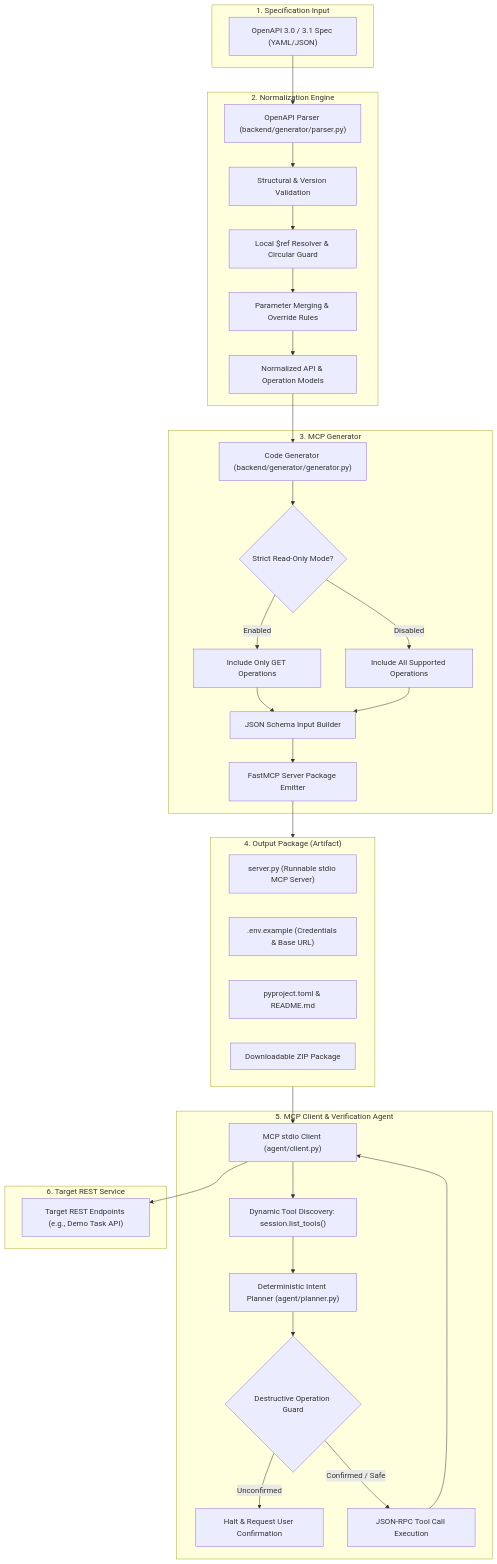
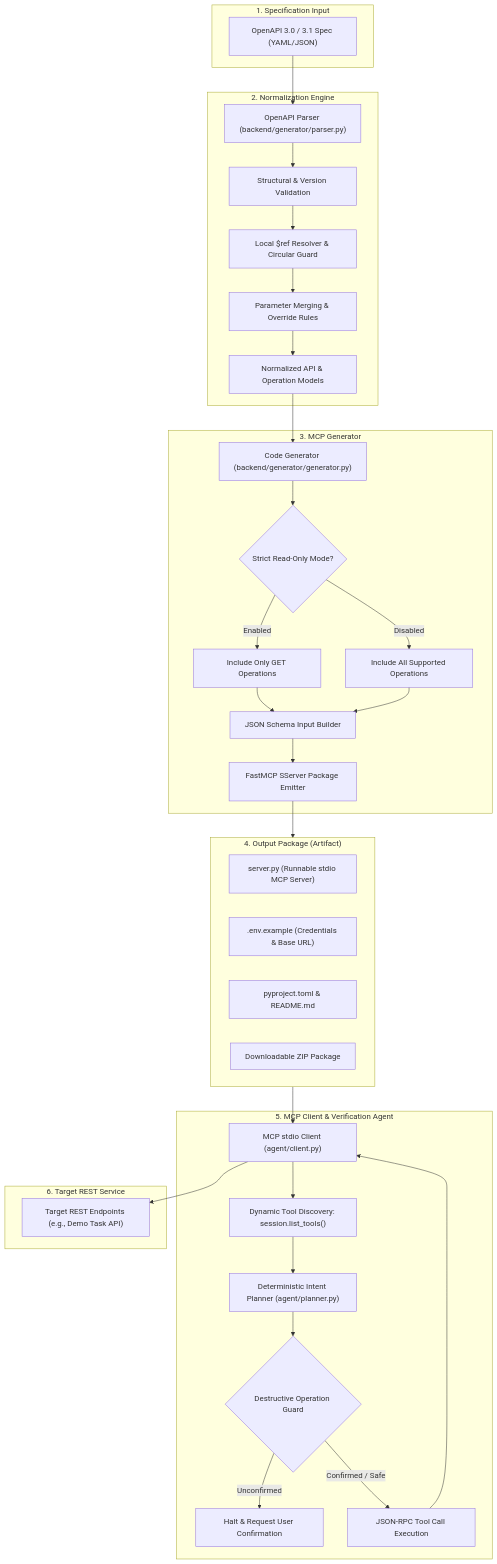
The diagram in README.md (pragya-shree/MVP-SERVER), drawn with Mermaid before and after one commit.

Commit message:
Fix typo in Emitter description in README

````diff
--- a/README.md
+++ b/README.md
@@ -25,57 +25,57 @@
 ```mermaid
 flowchart TD
     subgraph SpecInput["1. Specification Input"]
         OAS["OpenAPI 3.0 / 3.1 Spec (YAML/JSON)"]
     end
 
     subgraph ParserEngine["2. Normalization Engine"]
         Parser["OpenAPI Parser (backend/generator/parser.py)"]
         Validator["Structural & Version Validation"]
         RefResolver["Local $ref Resolver & Circular Guard"]
         ParamMerger["Parameter Merging & Override Rules"]
         NormModel["Normalized API & Operation Models"]
     end
 
     subgraph CodegenEngine["3. MCP Generator"]
         Generator["Code Generator (backend/generator/generator.py)"]
         ReadOnlyFilter{"Strict Read-Only Mode?"}
         FilterOps["Include Only GET Operations"]
         FullOps["Include All Supported Operations"]
         SchemaGen["JSON Schema Input Builder"]
-        Emitter["FastMCP Server Package Emitter"]
+        Emitter["FastMCP SServer Package Emitter"]
     end
 
     subgraph GeneratedPkg["4. Output Package (Artifact)"]
         ServerPy["server.py (Runnable stdio MCP Server)"]
         EnvTemplate[".env.example (Credentials & Base URL)"]
         PyProject["pyproject.toml & README.md"]
         ZipDownload["Downloadable ZIP Package"]
     end
 
     subgraph ClientAndAgent["5. MCP Client & Verification Agent"]
         MCPClient["MCP stdio Client (agent/client.py)"]
         Discovery["Dynamic Tool Discovery: session.list_tools()"]
         Planner["Deterministic Intent Planner (agent/planner.py)"]
         SafetyGate{"Destructive Operation Guard"}
         ConfirmBlock["Halt & Request User Confirmation"]
         ExecuteRpc["JSON-RPC Tool Call Execution"]
     end
 
     subgraph TargetAPI["6. Target REST Service"]
         DemoAPI["Target REST Endpoints (e.g., Demo Task API)"]
     end
 
     OAS --> Parser
     Parser --> Validator --> RefResolver --> ParamMerger --> NormModel
     NormModel --> Generator
     Generator --> ReadOnlyFilter
     ReadOnlyFilter -- Enabled --> FilterOps --> SchemaGen
     ReadOnlyFilter -- Disabled --> FullOps --> SchemaGen
     SchemaGen --> Emitter --> GeneratedPkg
     GeneratedPkg --> MCPClient
     MCPClient --> Discovery --> Planner
     Planner --> SafetyGate
     SafetyGate -- Unconfirmed --> ConfirmBlock
     SafetyGate -- Confirmed / Safe --> ExecuteRpc
     ExecuteRpc --> MCPClient --> DemoAPI
 ```
````
